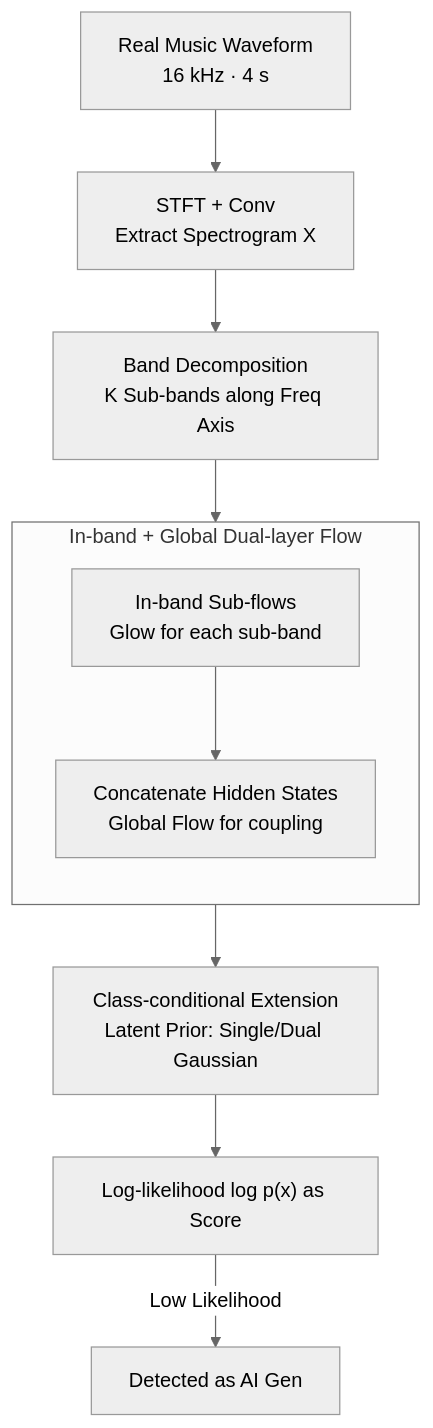
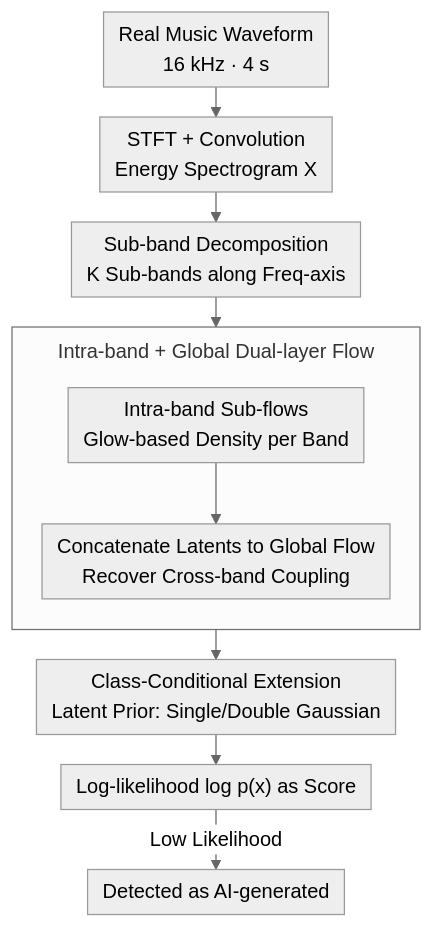
Before and after one commit to zhaoyang97/Paper-Notes-en: the diagram in docs/ICML2026/audio_speech/musicdet_zero-shot_ai-generated_music_detection.md, drawn with Mermaid (neutral theme). The commit also changed other lines of this file and 5084 other files, not shown here.

````diff
--- a/docs/ICML2026/audio_speech/musicdet_zero-shot_ai-generated_music_detection.md
+++ b/docs/ICML2026/audio_speech/musicdet_zero-shot_ai-generated_music_detection.md
@@ -41,13 +41,14 @@
 ```mermaid
-graph TD
-    A["Real Music Waveform<br/>16 kHz · 4 s"] --> B["STFT + Conv<br/>Extract Spectrogram X"]
-    B --> C["Band Decomposition<br/>K Sub-bands along Freq Axis"]
-    subgraph FLOW["In-band + Global Dual-layer Flow"]
+%%{init: {'flowchart': {'rankSpacing': 24, 'nodeSpacing': 28, 'padding': 6, 'wrappingWidth': 400, 'subGraphTitleMargin': {'top': 8, 'bottom': 16}}}}%%
+flowchart TD
+    A["Real Music Waveform<br/>16 kHz · 4 s"] --> B["STFT + Convolution<br/>Energy Spectrogram X"]
+    B --> C["Sub-band Decomposition<br/>K Sub-bands along Freq-axis"]
+    subgraph FLOW["Intra-band + Global Dual-layer Flow"]
         direction TB
-        D["In-band Sub-flows<br/>Glow for each sub-band"] --> E["Concatenate Hidden States<br/>Global Flow for coupling"]
+        D["Intra-band Sub-flows<br/>Glow-based Density per Band"] --> E["Concatenate Latents to Global Flow<br/>Recover Cross-band Coupling"]
     end
     C --> D
-    E --> F["Class-conditional Extension<br/>Latent Prior: Single/Dual Gaussian"]
+    E --> F["Class-Conditional Extension<br/>Latent Prior: Single/Double Gaussian"]
     F --> G["Log-likelihood log p(x) as Score"]
-    G -->|Low Likelihood| H["Detected as AI Gen"]
+    G -->|Low Likelihood| H["Detected as AI-generated"]
 ```
````
